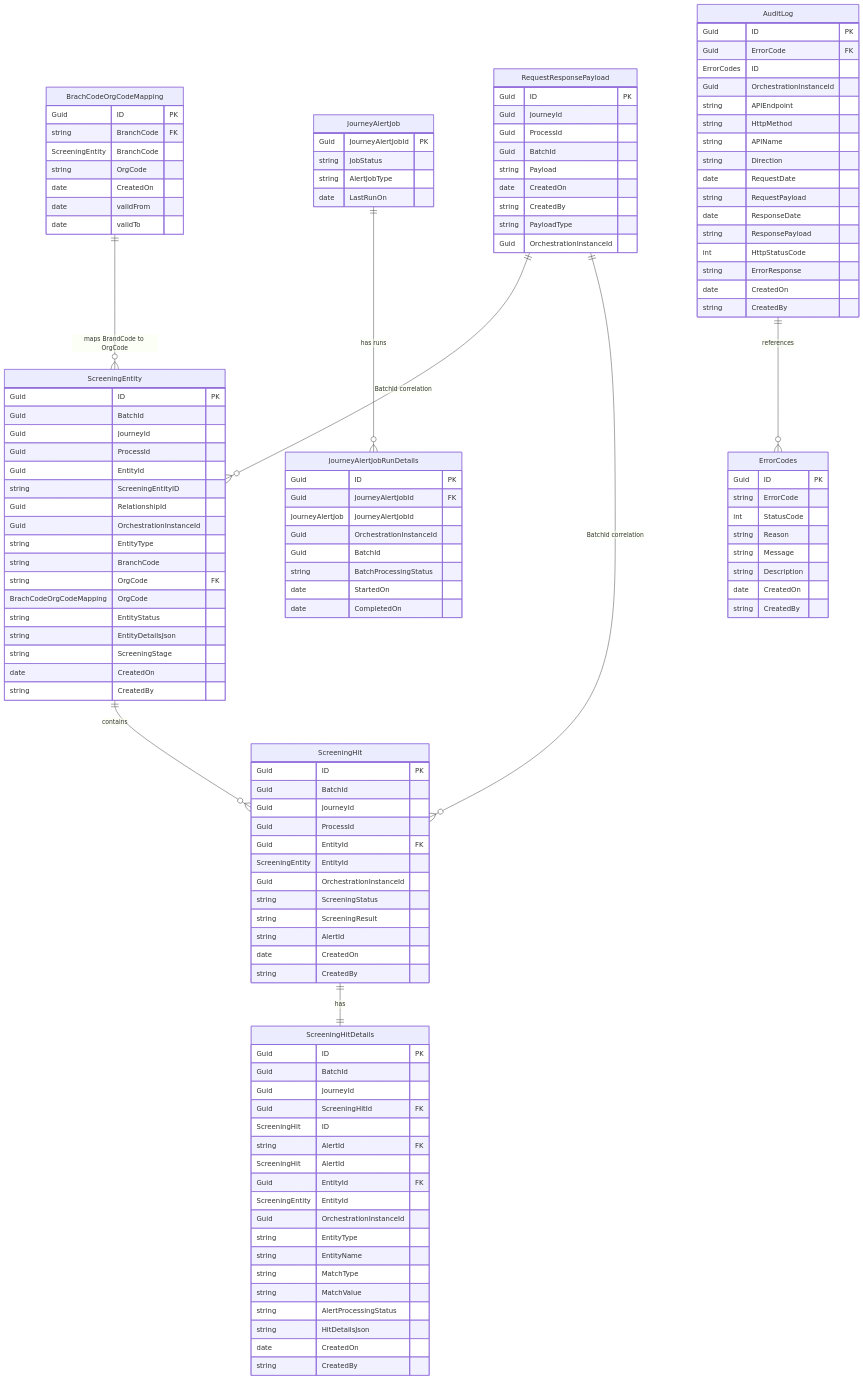
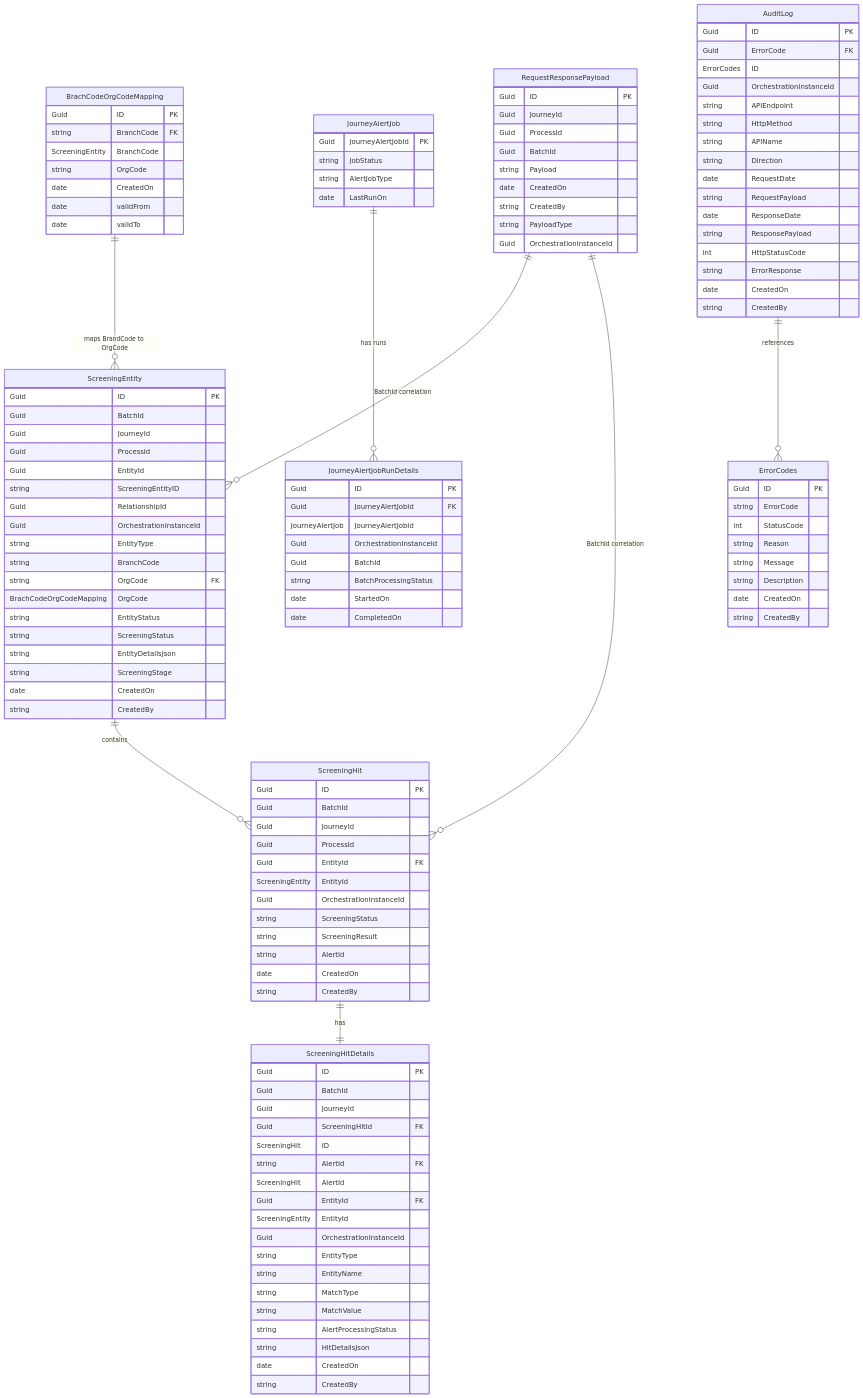
The diagram in Arch_Diagrams/v2/screenERD.mmd (jojokoshy/Architecture_Diagrams_Python_AI), drawn with Mermaid before and after one commit.

Commit message:
Update screenERD diagram: enhance ScreeningEntityID description and add ScreeningStatus for clarity in entity screening process

```diff
--- a/Arch_Diagrams/v2/screenERD.mmd
+++ b/Arch_Diagrams/v2/screenERD.mmd
@@ -1,154 +1,159 @@
 erDiagram
     %% FK label convention:
     %%  - Relationship labels use the format "SourceField -> TargetField" to show FK -> PK mappings.
     %%  - Example: ScreeningBatch }o--|| RequestResponsePayload : "ScreenRequestPayloadId -> ID"
     %%    means ScreeningBatch.ScreenRequestPayloadId references RequestResponsePayload.ID (FK -> PK).
     %%  - Multiplicity notation follows Mermaid ER style: || = one, }o = many/optional.
 
     RequestResponsePayload {
         Guid ID PK
         Guid JourneyId
         Guid ProcessId
         Guid BatchId
         string Payload
         date CreatedOn
         string CreatedBy
         string PayloadType
          %%% OrchestrationInstanceId is used to correlate multiple entities screened in the same orchestration instance. The instance id is from Azure Durable Functions.
         Guid OrchestrationInstanceId
         %% Notes:
         %% - JourneyId and ProcessId are intentionally duplicated in RequestResponsePayload for query convenience
         %%   (they should match the values in the parent ScreeningBatch row).
         %% - To guarantee exactly one Request and one Response per batch add a DB unique constraint:
         %%   UNIQUE(BatchId, PayloadType).
         %% - PayloadType values are expected to be 'JourneySuperGraphRequest' or 'JourneySuperGraphResponse' or EntitySuperGraphRequest or 'EntitySuperGraphResponse'
 
     }
     ScreeningEntity {
         Guid ID PK
         Guid BatchId
         Guid JourneyId
         Guid ProcessId
         Guid EntityId
-        %% The ScreeningEntityID is a combination of EntityId and BranchCode to uniquely identify an entity being screened per branch.
+        %% The ScreeningEntityID is a combination of EntityId and BranchCode to uniquely identify an entity being screened per branch. Entity_id_BranchCode, e.g., 12345_001
+        %% This is to support screening the same entity to be screened multiple times for different branches in the same journey/process/batch.
         string ScreeningEntityID
         Guid RelationshipId
         %%% OrchestrationInstanceId is used to correlate multiple entities screened in the same orchestration instance. The instance id is from Azure Durable Functions.
         Guid OrchestrationInstanceId
         string EntityType
         %% e.g., for a person, this could be 'IND' for individual"
         string BranchCode 
         %% BranchCode will be used to Derive OrgCode from a Mapping Table
         string OrgCode FK BrachCodeOrgCodeMapping OrgCode
         string EntityStatus 
+        %%% Possible Values: Screened, NoScreening. This is the returned Screening Status from NetReveal Screening API. It is used to identify if the entity was screened or not.
+        %%% This value is used in ReWork flow to identify entities that were not screened in previous runs. If NoScreening then the entity will be reprocessed in ReWork flow to get the 
+        %%% alerts previously generated for the entity.
+        string ScreeningStatus
         string EntityDetailsJson
         string ScreeningStage
         date CreatedOn
         string CreatedBy
     }
     
     BrachCodeOrgCodeMapping {
         Guid ID PK
         string BranchCode FK ScreeningEntity BranchCode
         string OrgCode 
         date CreatedOn
         date validFrom
         date validTo
     }
 
     ScreeningHit {
         Guid ID PK
         Guid BatchId
         Guid JourneyId
         Guid ProcessId
         Guid EntityId FK ScreeningEntity EntityId
          %%% OrchestrationInstanceId is used to correlate multiple entities screened in the same orchestration instance. The instance id is from Azure Durable Functions.
         Guid OrchestrationInstanceId
         %%% The Screening Flag indicates if the Entity Triggered a Screening - Yes/No from NetReveal - Screening Field.
         string ScreeningStatus
         %%% If Screening Flag is Yes then Possible Values are Hit/NoHit as returned from NetReveal - Result Field in the XML
         string ScreeningResult
         %%% The AlertId is only returned if Screening is Yes
         string AlertId
         date CreatedOn
         string CreatedBy
     }
     
 
     ScreeningHitDetails {
         Guid ID PK
         Guid BatchId
         Guid JourneyId
         Guid ScreeningHitId FK ScreeningHit ID
         string AlertId FK ScreeningHit AlertId
         Guid EntityId FK ScreeningEntity EntityId
          %%% OrchestrationInstanceId is used to correlate multiple entities screened in the same orchestration instance. The instance id is from Azure Durable Functions.
         Guid OrchestrationInstanceId
         string EntityType
         string EntityName
         string MatchType
         string MatchValue
         string AlertProcessingStatus
         string HitDetailsJson
         date CreatedOn
         string CreatedBy
 
     }
     
     JourneyAlertJob {
         Guid JourneyAlertJobId PK
         string JobStatus
         %% This will store values to indicate if the alert job is using NetReveal as Alert source or the Database as Alert source ( used for proceessing open alerts)
         string AlertJobType
         date LastRunOn
         
     }
     JourneyAlertJobRunDetails {
         Guid ID PK
         Guid JourneyAlertJobId FK JourneyAlertJob JourneyAlertJobId
          %%% OrchestrationInstanceId is used to correlate multiple entities screened in the same orchestration instance. The instance id is from Azure Durable Functions.
         Guid OrchestrationInstanceId
         Guid BatchId
         string BatchProcessingStatus
         date StartedOn
         date CompletedOn
     }
 
     AuditLog {
         Guid ID PK
         Guid ErrorCode FK ErrorCodes ID
          %%% OrchestrationInstanceId is used to correlate multiple entities screened in the same orchestration instance. The instance id is from Azure Durable Functions.
         Guid OrchestrationInstanceId
         string APIEndpoint
         string HttpMethod
         string APIName
         string Direction
         date RequestDate
         string RequestPayload
         date ResponseDate
         string ResponsePayload
         int HttpStatusCode
         string ErrorResponse
         date CreatedOn
         string CreatedBy
     }
     
 
     ErrorCodes {
         Guid ID PK
         string ErrorCode
         int StatusCode
         string Reason
         string Message
         string Description
         date CreatedOn
         string CreatedBy
     }
     
 
     
     ScreeningEntity ||--o{ ScreeningHit : contains
     ScreeningHit ||--|| ScreeningHitDetails : has
     AuditLog ||--o{ ErrorCodes : references    JourneyAlertJob ||--o{ JourneyAlertJobRunDetails : "has runs"
     BrachCodeOrgCodeMapping ||--o{ ScreeningEntity : "maps BrandCode to OrgCode"RequestResponsePayload ||--o{ ScreeningEntity : "BatchId correlation"
 RequestResponsePayload ||--o{ ScreeningHit : "BatchId correlation"
```
